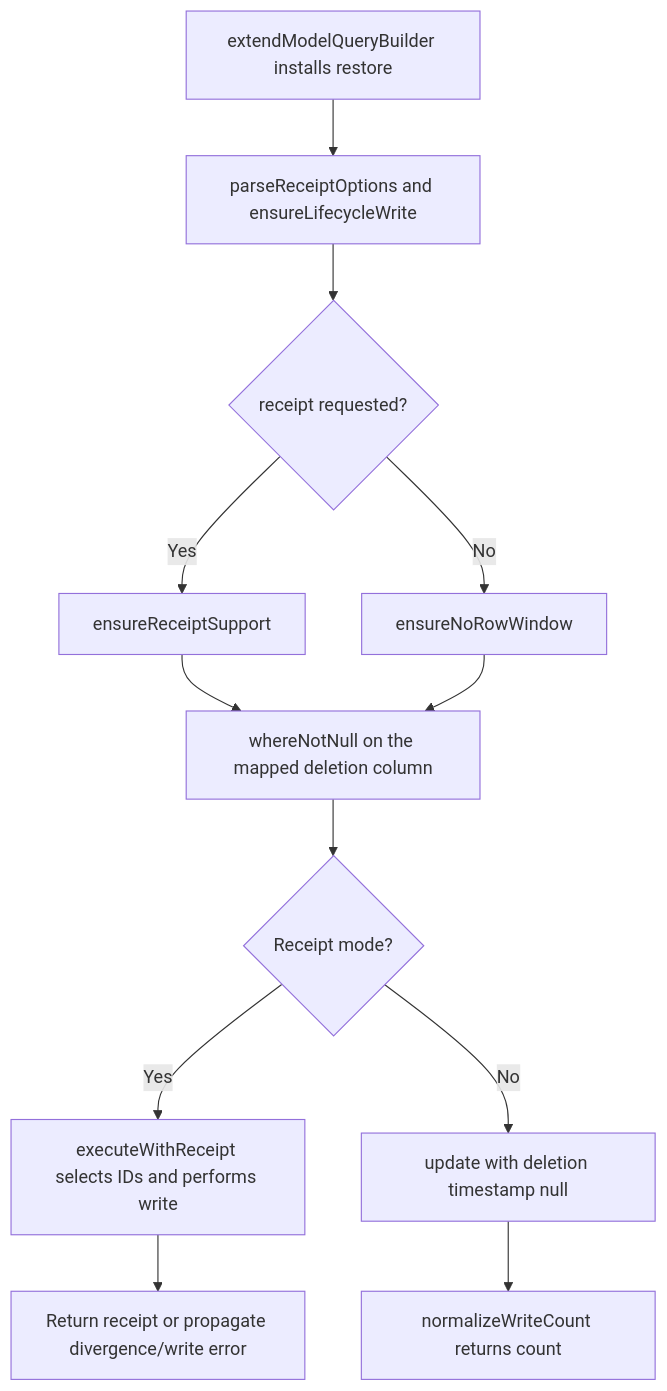
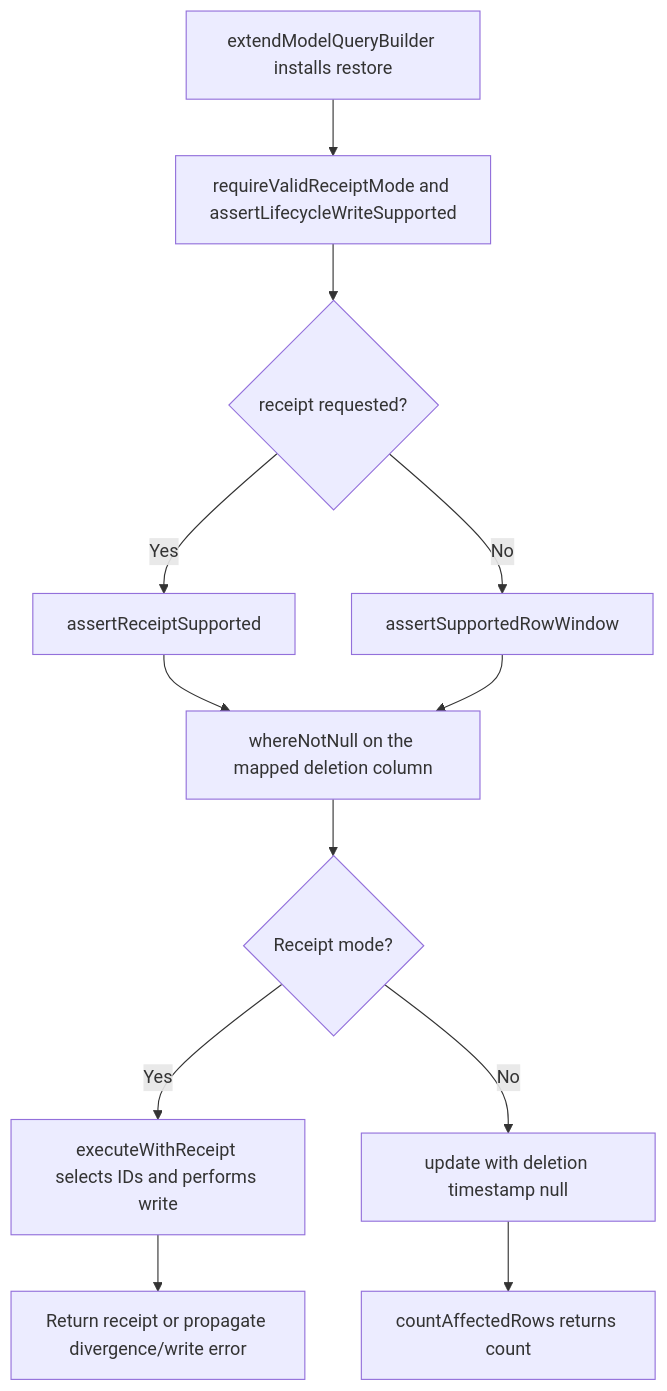
Before and after one commit to Kevinjohn/oss-adonisjs-lucid-soft-delete: the second of 2 diagrams in user-stories/bulk-operations/us-app-06-restore-bulk.md, drawn with Mermaid. The commit also changed 34 other files, not shown here.

````diff
--- a/user-stories/bulk-operations/us-app-06-restore-bulk.md
+++ b/user-stories/bulk-operations/us-app-06-restore-bulk.md
@@ -39,14 +39,14 @@
 ```mermaid
 flowchart TD
-    A["extendModelQueryBuilder installs restore"] --> B["parseReceiptOptions and ensureLifecycleWrite"]
+    A["extendModelQueryBuilder installs restore"] --> B["requireValidReceiptMode and assertLifecycleWriteSupported"]
     B --> C{"receipt requested?"}
-    C -->|Yes| D["ensureReceiptSupport"]
-    C -->|No| E["ensureNoRowWindow"]
+    C -->|Yes| D["assertReceiptSupported"]
+    C -->|No| E["assertSupportedRowWindow"]
     D --> F["whereNotNull on the mapped deletion column"]
     E --> F
     F --> G{"Receipt mode?"}
     G -->|Yes| H["executeWithReceipt selects IDs and performs write"]
     G -->|No| I["update with deletion timestamp null"]
     H --> J["Return receipt or propagate divergence/write error"]
-    I --> K["normalizeWriteCount returns count"]
+    I --> K["countAffectedRows returns count"]
 ```
````
